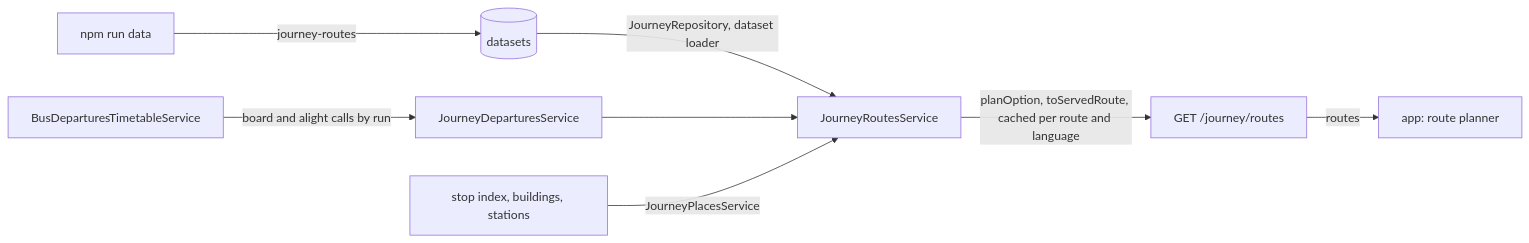
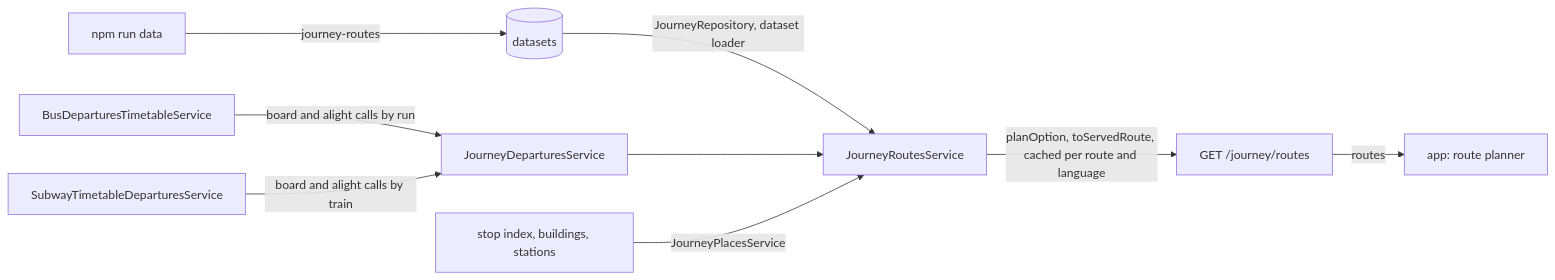
Before and after one commit to skkuverse/skkuverse-server: the diagram in docs/explanation/journey-architecture.md, drawn with Mermaid. The commit also changed other lines of this file and 11 other files, not shown here.

Commit message:
feat(journey): ride subway lines through the timetable door, and check subway rides at push

````diff
--- a/docs/explanation/journey-architecture.md
+++ b/docs/explanation/journey-architecture.md
@@ -46,10 +47,11 @@
 ```mermaid
 flowchart LR
   person["npm run data"] -->|journey-routes| ds[("datasets")]
   ds -->|JourneyRepository, dataset loader| svc["JourneyRoutesService"]
   door["BusDeparturesTimetableService"] -->|board and alight calls by run| reg["JourneyDeparturesService"]
+  subway["SubwayTimetableDeparturesService"] -->|board and alight calls by train| reg
   reg --> svc
   cat["stop index, buildings, stations"] -->|JourneyPlacesService| svc
   svc -->|planOption, toServedRoute, cached per route and language| route["GET /journey/routes"]
   route -->|routes| screen["app: route planner"]
 ```
````
